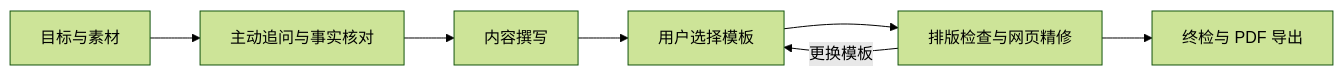
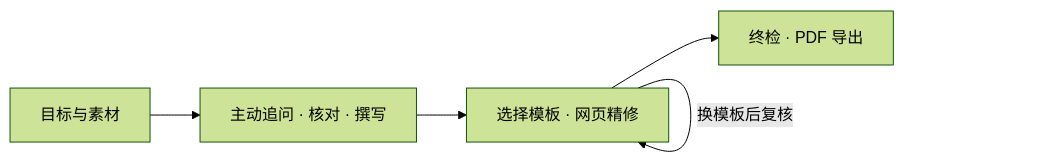
Before and after one commit to StoneLL1/resume-builder: the diagram in README.md, drawn with Mermaid (forest theme). The commit also changed other lines of this file and 1 other file, not shown here.

````diff
--- a/README.md
+++ b/README.md
@@ -113,9 +130,7 @@
 ```mermaid
 flowchart LR
-    A[目标与素材] --> B[主动追问与事实核对]
-    B --> C[内容撰写]
-    C --> D[用户选择模板]
-    D --> E[排版检查与网页精修]
-    E --> F[终检与 PDF 导出]
-    E -->|更换模板| D
+    A[目标与素材] --> B[主动追问 · 核对 · 撰写]
+    B --> C[选择模板 · 网页精修]
+    C --> D[终检 · PDF 导出]
+    C -->|换模板后复核| C
 ```
````
